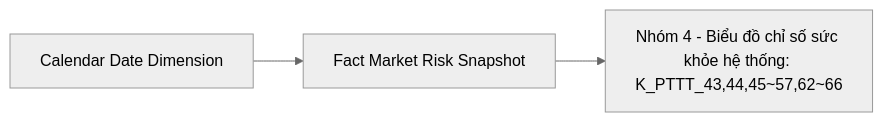
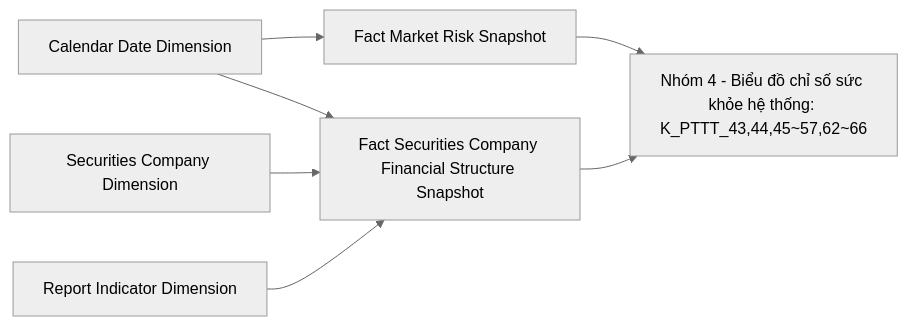
One commit to linhlvit/ubck_atomic_design changed diagram 18 of 58 in Datamart/hld/DTM_PTTT_HLD.md. Above: the diagram before and after it, drawn with Mermaid (neutral theme). The commit also changed other lines of this file and 9 other files, not shown here.

Commit message:
feat(PTTT): update phan he : PTTT - unblock 102 KPI, them fct_macro_indicator_snpst va dong O_PTTT_11, O_PTTT_13

````diff
--- a/Datamart/hld/DTM_PTTT_HLD.md
+++ b/Datamart/hld/DTM_PTTT_HLD.md
@@ -803,5 +926,9 @@
 ```mermaid
 flowchart LR
     fct_market_risk_snpst["Fact Market Risk Snapshot"] --> rpt_nhom4["Nhóm 4 - Biểu đồ chỉ số sức khỏe hệ thống: K_PTTT_43,44,45~57,62~66"]
     cdr_dt_dim["Calendar Date Dimension"] --> fct_market_risk_snpst
+    fct_securities_company_financial_structure_snpst["Fact Securities Company Financial Structure Snapshot"] --> rpt_nhom4
+    cdr_dt_dim["Calendar Date Dimension"] --> fct_securities_company_financial_structure_snpst
+    securities_company_dim["Securities Company Dimension"] --> fct_securities_company_financial_structure_snpst
+    report_indicator_dim["Report Indicator Dimension"] --> fct_securities_company_financial_structure_snpst
 ```
````
